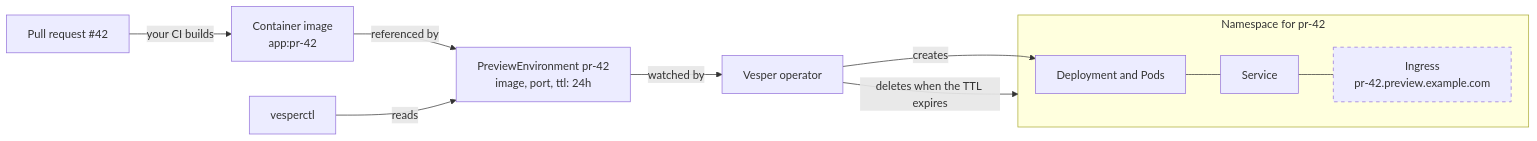
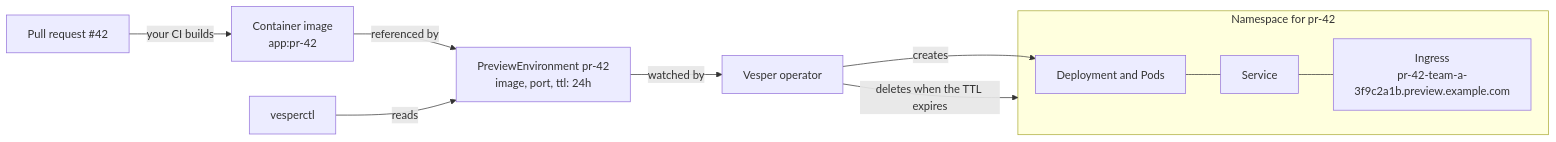
Before and after one commit to Ranjithsingh2004/vesper: the diagram in README.md, drawn with Mermaid. The commit also changed other lines of this file and 12 other files, not shown here.

First line of the commit message:
feat(networking): expose a preview with an Ingress hostname (#103)

````diff
--- a/README.md
+++ b/README.md
@@ -36,15 +36,12 @@
 ```mermaid
 flowchart LR
     pr["Pull request #42"] -->|"your CI builds"| image["Container image<br/>app:pr-42"]
     image -->|"referenced by"| pe["PreviewEnvironment pr-42<br/>image, port, ttl: 24h"]
     cli["vesperctl"] -->|"reads"| pe
     pe -->|"watched by"| op["Vesper operator"]
     op -->|"creates"| deploy
     subgraph ns ["Namespace for pr-42"]
-        deploy["Deployment and Pods"] --- svc["Service"] --- ingress["Ingress<br/>pr-42.preview.example.com"]
+        deploy["Deployment and Pods"] --- svc["Service"] --- ingress["Ingress<br/>pr-42-team-a-3f9c2a1b.preview.example.com"]
     end
     op -->|"deletes when the TTL expires"| ns
-
-    classDef planned stroke-dasharray: 5 5
-    class ingress planned
 ```
````
